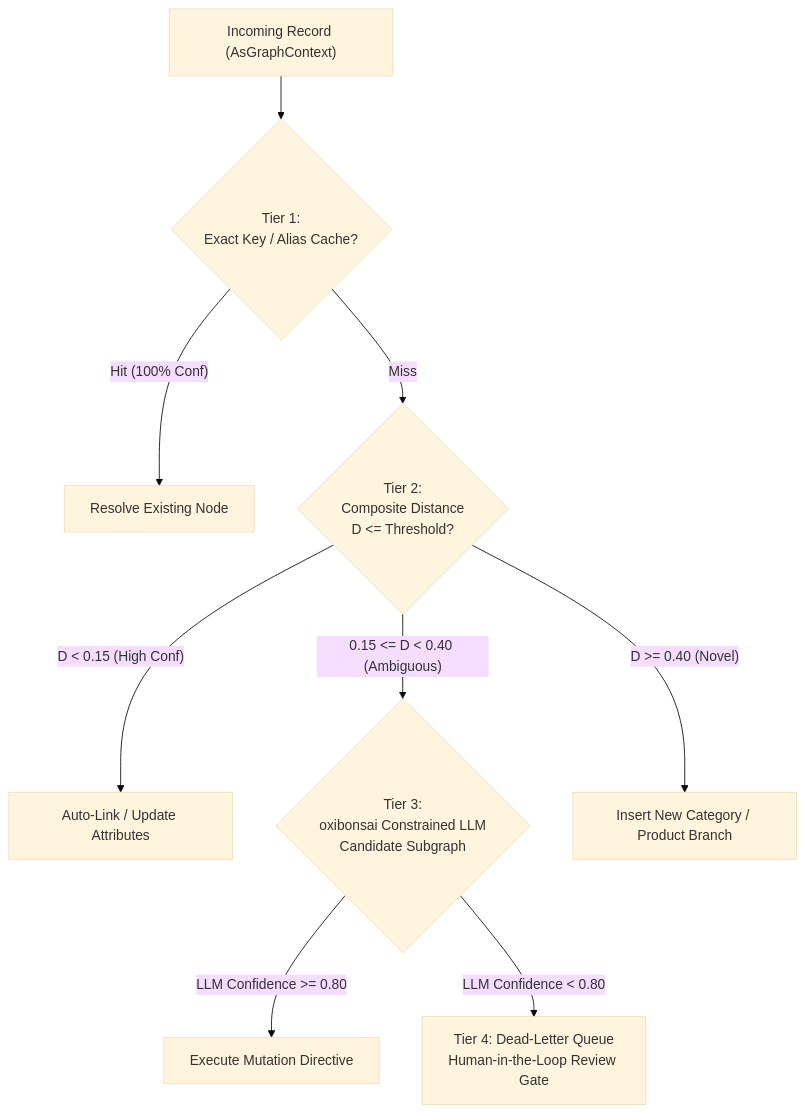
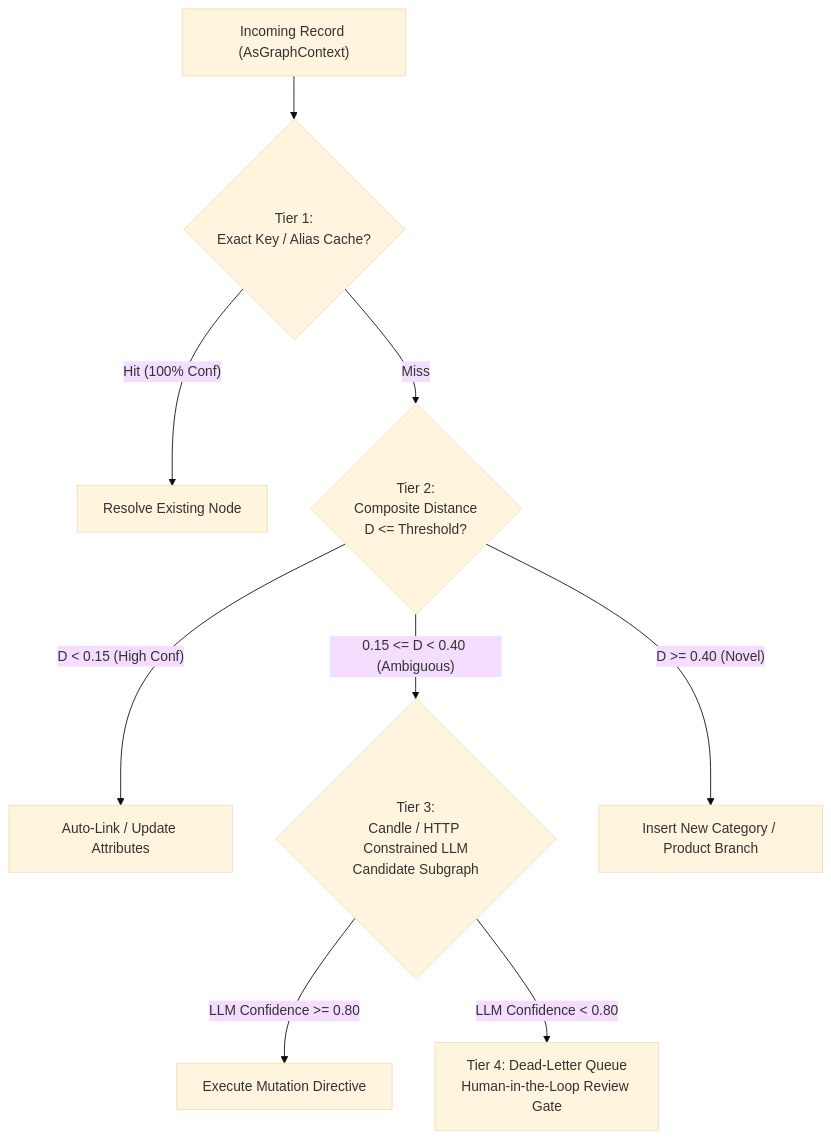
One commit to yasuomaidana/embedag changed the diagram in doc/12_Multi_Tiered_Waterfall_Resolution.md. Above: the diagram before and after it, drawn with Mermaid (base theme). The commit also changed other lines of this file and 42 other files, not shown here.

````diff
--- a/doc/12_Multi_Tiered_Waterfall_Resolution.md
+++ b/doc/12_Multi_Tiered_Waterfall_Resolution.md
@@ -27,11 +27,11 @@
 ```mermaid
 flowchart TD
     Record["Incoming Record (AsGraphContext)"] --> Tier1{"Tier 1:<br/>Exact Key / Alias Cache?"}
     Tier1 -- "Hit (100% Conf)" --> DirectMatch["Resolve Existing Node"]
     Tier1 -- "Miss" --> Tier2{"Tier 2:<br/>Composite Distance<br/>D <= Threshold?"}
     Tier2 -- "D < 0.15 (High Conf)" --> NearMatch["Auto-Link / Update Attributes"]
-    Tier2 -- "0.15 <= D < 0.40 (Ambiguous)" --> Tier3{"Tier 3:<br/>oxibonsai Constrained LLM<br/>Candidate Subgraph"}
+    Tier2 -- "0.15 <= D < 0.40 (Ambiguous)" --> Tier3{"Tier 3:<br/>Candle / HTTP Constrained LLM<br/>Candidate Subgraph"}
     Tier2 -- "D >= 0.40 (Novel)" --> NewBranch["Insert New Category / Product Branch"]
     Tier3 -- "LLM Confidence >= 0.80" --> ApplyDirective["Execute Mutation Directive"]
     Tier3 -- "LLM Confidence < 0.80" --> Tier4["Tier 4: Dead-Letter Queue<br/>Human-in-the-Loop Review Gate"]
 ```
````
